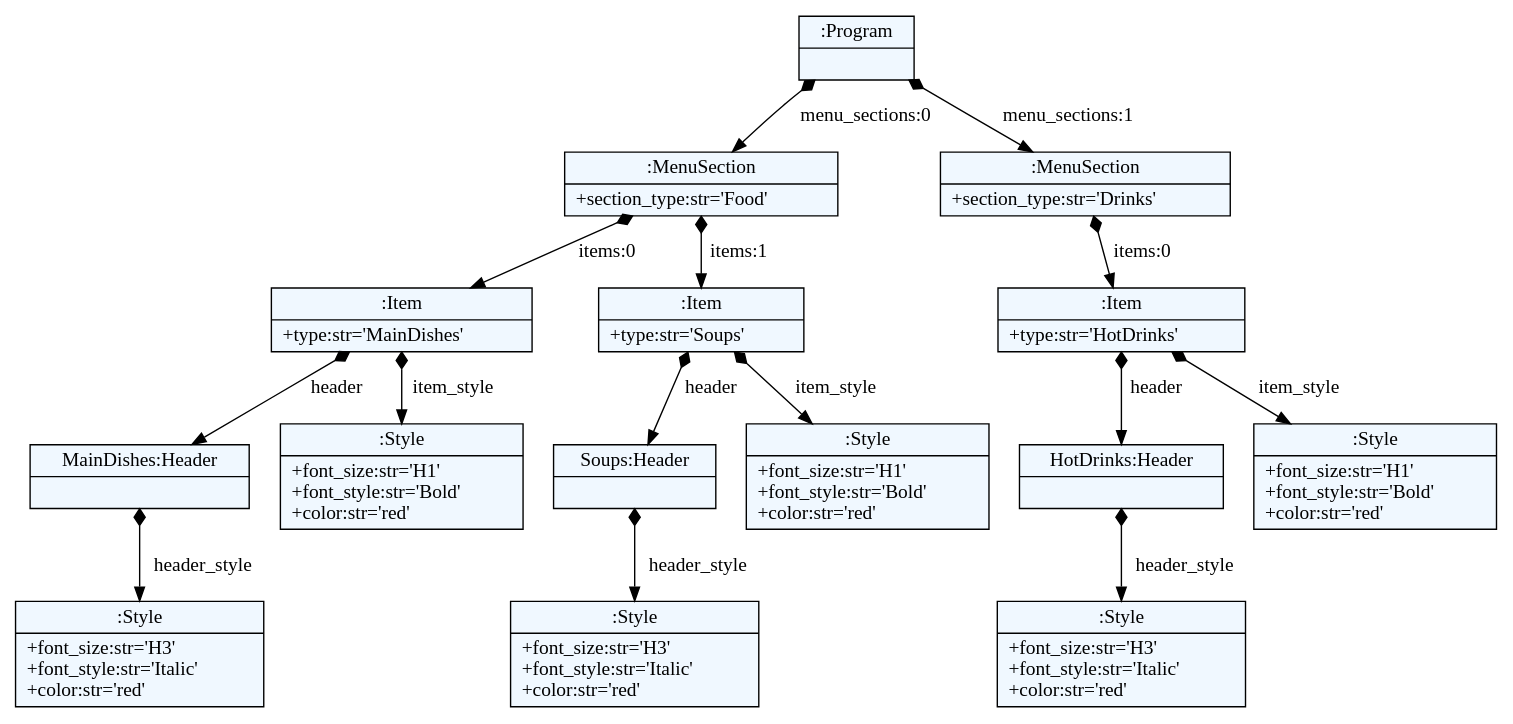
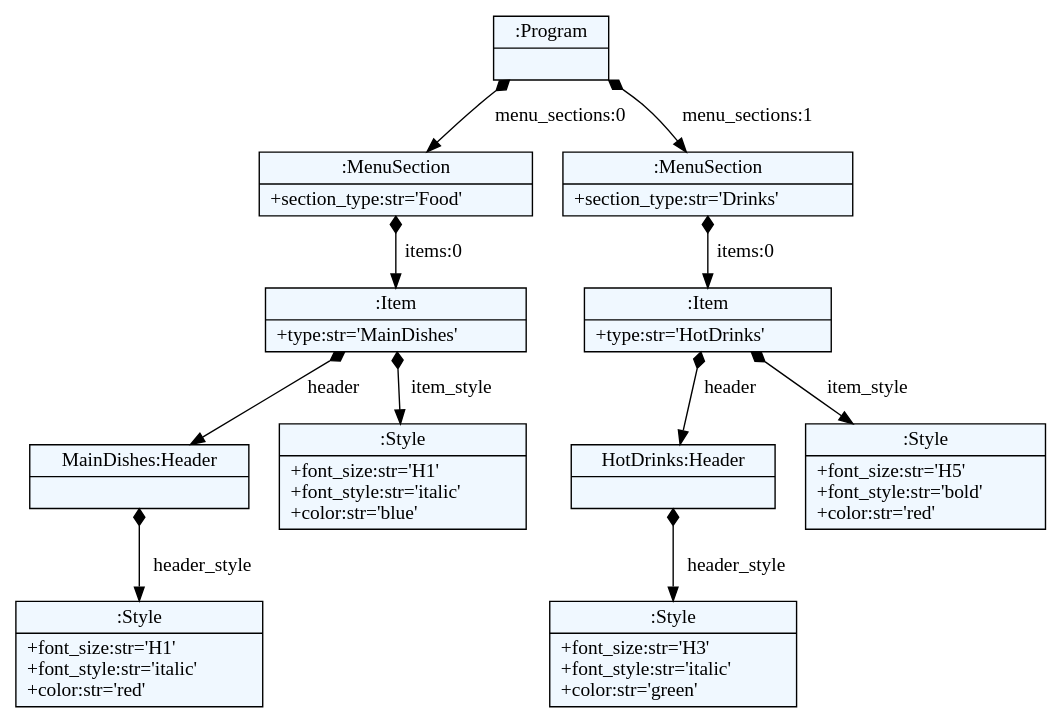
One commit to marijamilanovic/DSL changed the diagram in menuDSL/example.dot. Above: the diagram before and after it, drawn with Graphviz. The commit also changed 6 other files, not shown here.

```diff
--- a/menuDSL/example.dot
+++ b/menuDSL/example.dot
@@ -1,44 +1,36 @@
 
     digraph textX {
     fontname = "Bitstream Vera Sans"
     fontsize = 8
     node[
         shape=record,
         style=filled,
         fillcolor=aliceblue
     ]
     nodesep = 0.3
     edge[dir=black,arrowtail=empty]
 
 
-2125280364528 -> 2125280363232 [label="menu_sections:0" arrowtail=diamond dir=both]
-2125280363232 -> 2125280367888 [label="items:0" arrowtail=diamond dir=both]
-2125280367888 -> 2125280368032 [label="header" arrowtail=diamond dir=both]
-2125280368032 -> 2125280368176 [label="header_style" arrowtail=diamond dir=both]
-2125280368176[label="{:Style|+font_size:str='H3'\l+font_style:str='Italic'\l+color:str='red'\l}"]
-2125280368032[label="{MainDishes:Header|}"]
-2125280367888 -> 2125280368128 [label="item_style" arrowtail=diamond dir=both]
-2125280368128[label="{:Style|+font_size:str='H1'\l+font_style:str='Bold'\l+color:str='red'\l}"]
-2125280367888[label="{:Item|+type:str='MainDishes'\l}"]
-2125280363232 -> 2125280367936 [label="items:1" arrowtail=diamond dir=both]
-2125280367936 -> 2125280368224 [label="header" arrowtail=diamond dir=both]
-2125280368224 -> 2125280368368 [label="header_style" arrowtail=diamond dir=both]
-2125280368368[label="{:Style|+font_size:str='H3'\l+font_style:str='Italic'\l+color:str='red'\l}"]
-2125280368224[label="{Soups:Header|}"]
-2125280367936 -> 2125280368320 [label="item_style" arrowtail=diamond dir=both]
-2125280368320[label="{:Style|+font_size:str='H1'\l+font_style:str='Bold'\l+color:str='red'\l}"]
-2125280367936[label="{:Item|+type:str='Soups'\l}"]
-2125280363232[label="{:MenuSection|+section_type:str='Food'\l}"]
-2125280364528 -> 2125280367792 [label="menu_sections:1" arrowtail=diamond dir=both]
-2125280367792 -> 2125280368464 [label="items:0" arrowtail=diamond dir=both]
-2125280368464 -> 2125280368560 [label="header" arrowtail=diamond dir=both]
-2125280368560 -> 2125280368704 [label="header_style" arrowtail=diamond dir=both]
-2125280368704[label="{:Style|+font_size:str='H3'\l+font_style:str='Italic'\l+color:str='red'\l}"]
-2125280368560[label="{HotDrinks:Header|}"]
-2125280368464 -> 2125280368656 [label="item_style" arrowtail=diamond dir=both]
-2125280368656[label="{:Style|+font_size:str='H1'\l+font_style:str='Bold'\l+color:str='red'\l}"]
-2125280368464[label="{:Item|+type:str='HotDrinks'\l}"]
-2125280367792[label="{:MenuSection|+section_type:str='Drinks'\l}"]
-2125280364528[label="{:Program|}"]
+1862166365616 -> 1862166364752 [label="menu_sections:0" arrowtail=diamond dir=both]
+1862166364752 -> 1862166370272 [label="items:0" arrowtail=diamond dir=both]
+1862166370272 -> 1862166370416 [label="header" arrowtail=diamond dir=both]
+1862166370416 -> 1862166370560 [label="header_style" arrowtail=diamond dir=both]
+1862166370560[label="{:Style|+font_size:str='H1'\l+font_style:str='italic'\l+color:str='red'\l}"]
+1862166370416[label="{MainDishes:Header|}"]
+1862166370272 -> 1862166370512 [label="item_style" arrowtail=diamond dir=both]
+1862166370512[label="{:Style|+font_size:str='H1'\l+font_style:str='italic'\l+color:str='blue'\l}"]
+1862166370272[label="{:Item|+type:str='MainDishes'\l}"]
+1862166364752[label="{:MenuSection|+section_type:str='Food'\l}"]
+1862166365616 -> 1862166370176 [label="menu_sections:1" arrowtail=diamond dir=both]
+1862166370176 -> 1862166370608 [label="items:0" arrowtail=diamond dir=both]
+1862166370608 -> 1862166370704 [label="header" arrowtail=diamond dir=both]
+1862166370704 -> 1862166370848 [label="header_style" arrowtail=diamond dir=both]
+1862166370848[label="{:Style|+font_size:str='H3'\l+font_style:str='italic'\l+color:str='green'\l}"]
+1862166370704[label="{HotDrinks:Header|}"]
+1862166370608 -> 1862166370800 [label="item_style" arrowtail=diamond dir=both]
+1862166370800[label="{:Style|+font_size:str='H5'\l+font_style:str='bold'\l+color:str='red'\l}"]
+1862166370608[label="{:Item|+type:str='HotDrinks'\l}"]
+1862166370176[label="{:MenuSection|+section_type:str='Drinks'\l}"]
+1862166365616[label="{:Program|}"]
 
 }
```
